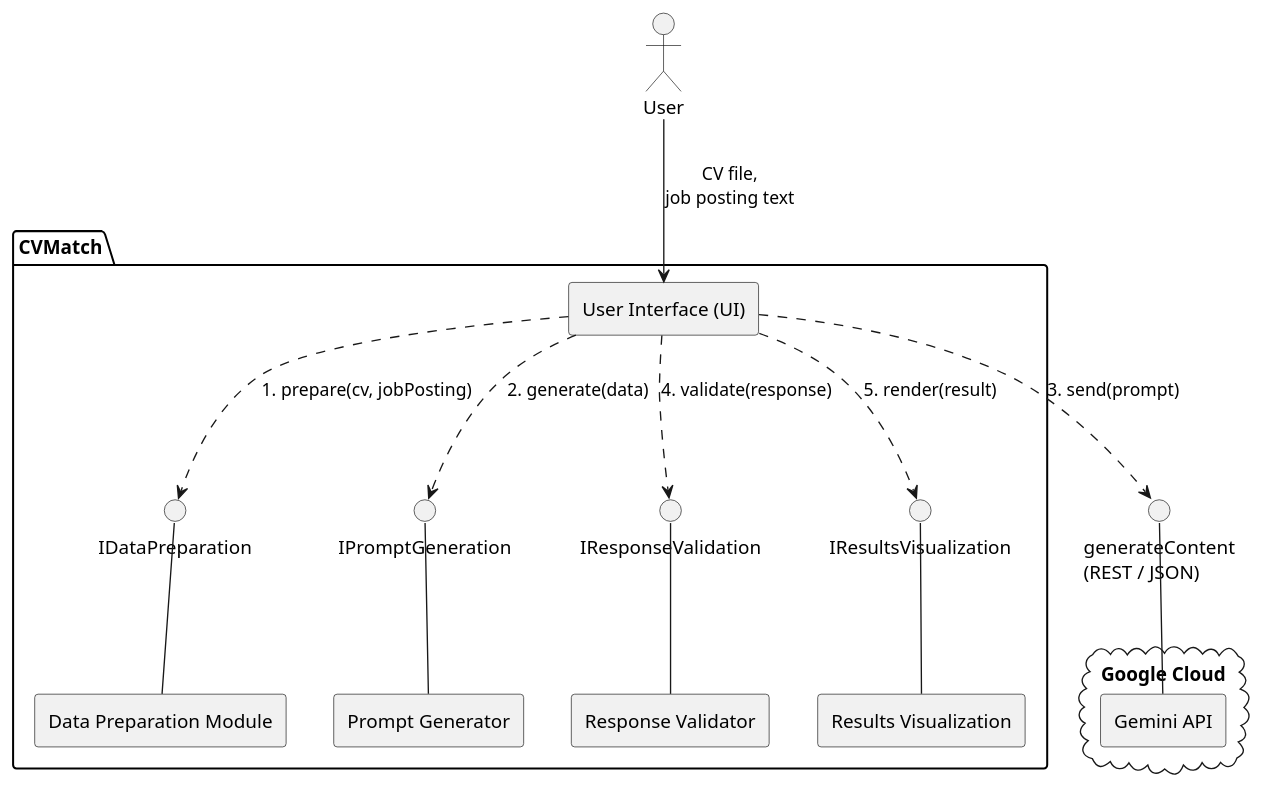
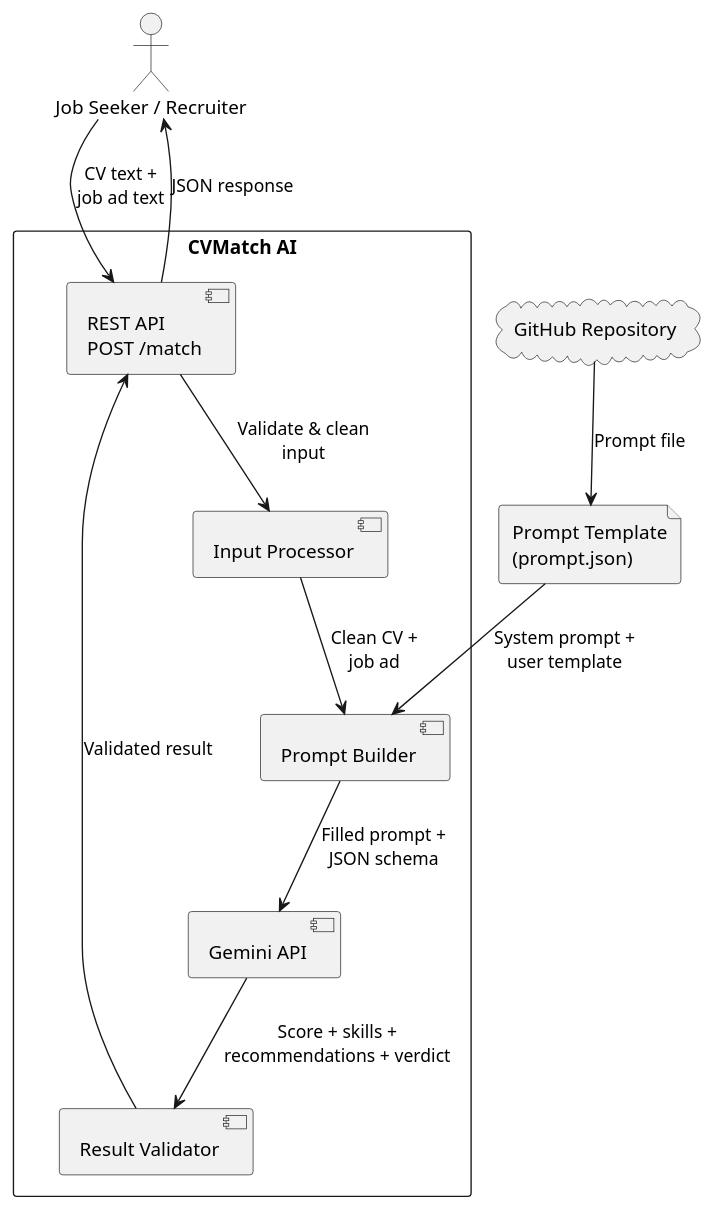
The first of 4 diagrams in README.md (jauniusc/cvmatch), drawn with PlantUML before and after one commit. The commit also changed other lines of this file and 30 other files, not shown here.

````diff
--- a/README.md
+++ b/README.md
@@ -49,41 +50,41 @@
 ```plantuml
-@startuml CVMatch_Component
-skinparam componentStyle rectangle
+@startuml
+actor "Job Seeker / Recruiter" as User
 
-actor "User" as User
+rectangle "CVMatch AI" {
 
-package "CVMatch" {
-  [User Interface (UI)] as UI
+    component "REST API\nPOST /match" as API
 
-  interface "IDataPreparation" as IPrep
-  interface "IPromptGeneration" as IPrompt
-  interface "IResponseValidation" as IVal
-  interface "IResultsVisualization" as IViz
+    component "Input Processor" as Input
 
-  [Data Preparation Module] as Prep
-  [Prompt Generator] as PromptGen
-  [Response Validator] as Validator
-  [Results Visualization] as Viz
+    component "Prompt Builder" as Prompt
+
+    component "Gemini API" as Gemini
+
+    component "Result Validator" as Validator
 }
 
-interface "generateContent\n(REST / JSON)" as IGemini
+file "Prompt Template\n(prompt.json)" as Template
 
-cloud "Google Cloud" {
-  [Gemini API] as Gemini
-}
+cloud "GitHub Repository" as GitHub
 
-User --> UI : CV file,\njob posting text
 
-UI ..> IPrep : 1. prepare(cv, jobPosting)
-UI ..> IPrompt : 2. generate(data)
-UI ..> IGemini : 3. send(prompt)
-UI ..> IVal : 4. validate(response)
-UI ..> IViz : 5. render(result)
+User --> API : CV text +\njob ad text
 
-IPrep -- Prep
-IPrompt -- PromptGen
-IGemini -- Gemini
-IVal -- Validator
-IViz -- Viz
+API --> Input : Validate & clean\ninput
+
+Input --> Prompt : Clean CV +\njob ad
+
+Template --> Prompt : System prompt +\nuser template
+
+Prompt --> Gemini : Filled prompt +\nJSON schema
+
+Gemini --> Validator : Score + skills +\nrecommendations + verdict
+
+Validator --> API : Validated result
+
+API --> User : JSON response
+
+GitHub --> Template : Prompt file
 @enduml
 ```
````
